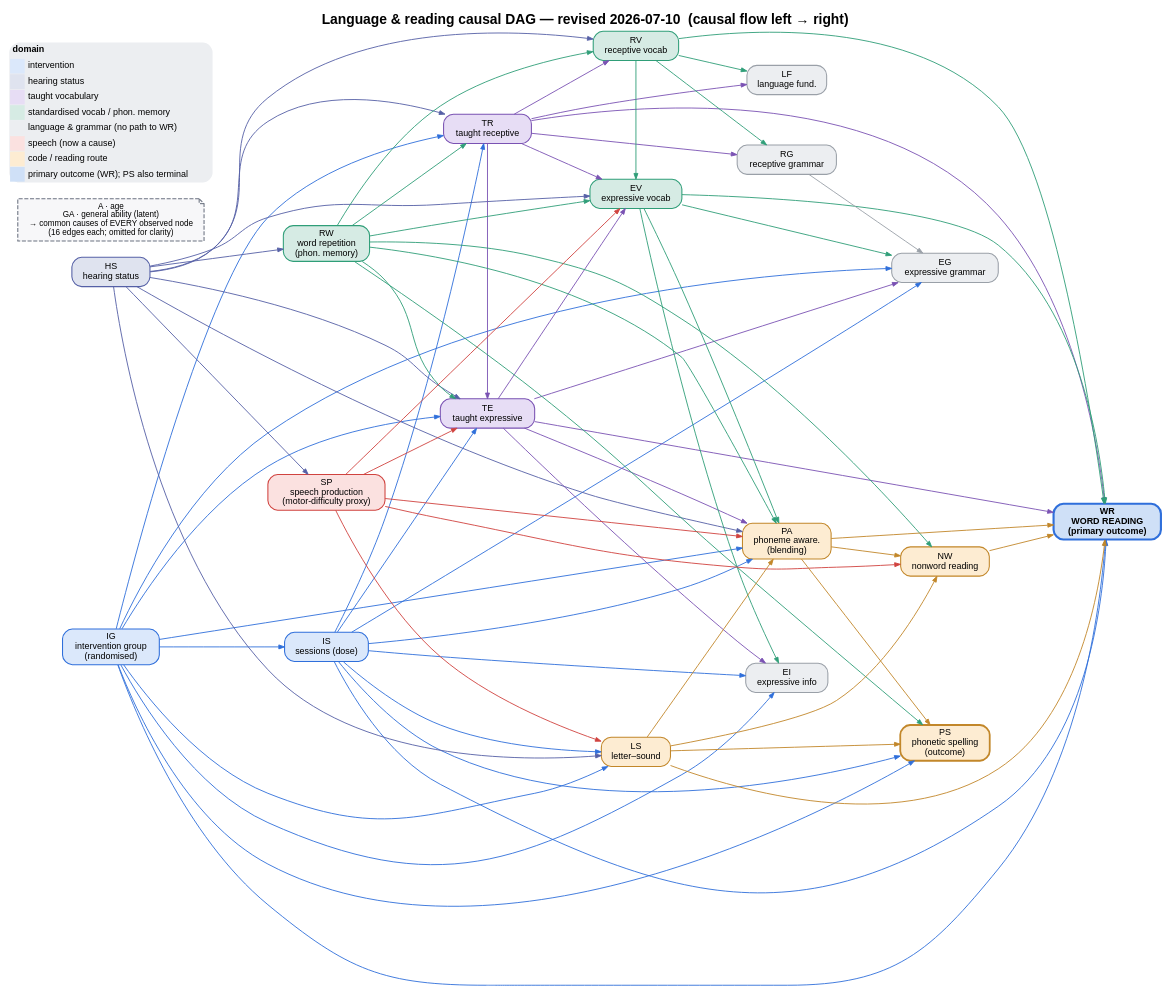
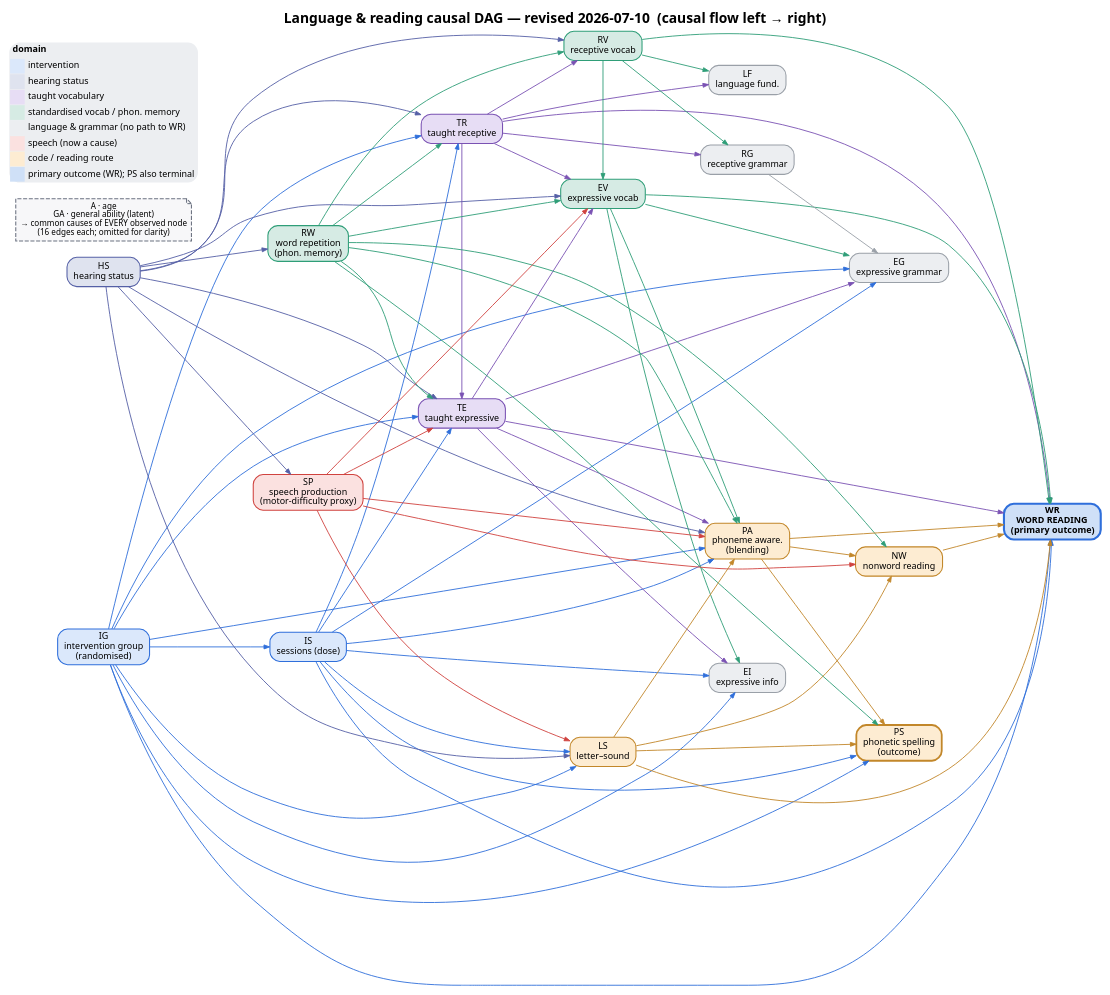
Before and after one commit to dseinternational/language-reading-predictors: the diagram in dag/dag-language-reading.dot, drawn with Graphviz. The commit also changed 405 other files, not shown here.

Commit message:
feat(reports): upgrade research utils to 0.16.0 and use Noto Sans and Noto Sans Math throughout (#694)

```diff
--- a/dag/dag-language-reading.dot
+++ b/dag/dag-language-reading.dot
@@ -1,96 +1,96 @@
 digraph LRP_DAG {
   rankdir=LR;
   bgcolor="white";
   labelloc="t";
-  fontname="Helvetica-Bold";
+  fontname="Noto Sans,sans-serif";
   fontsize=17;
-  label="Language & reading causal DAG — revised 2026-07-10  (causal flow left → right)";
+  label=<<B>Language &amp; reading causal DAG — revised 2026-07-10  (causal flow left → right)</B>>;
   nodesep=0.28;
   ranksep=0.95;
   concentrate=false;
   splines=true;
-  node [shape=box, style="rounded,filled", fontname="Helvetica", fontsize=11,
+  node [shape=box, style="rounded,filled", fontname="Noto Sans,sans-serif", fontsize=11,
         margin="0.11,0.06", penwidth=1.3, color="#9aa0a8", fillcolor="#eceef1"];
   edge [penwidth=1.1, arrowsize=0.7];
 
   // ================= NODES =================
   IG [label="IG\nintervention group\n(randomised)", fillcolor="#dbe8fb", color="#2f6fdb"];
   IS [label="IS\nsessions (dose)", fillcolor="#dbe8fb", color="#2f6fdb"];
 
   HS [label="HS\nhearing status", fillcolor="#dfe3ef", color="#5560a6"];
 
   TR [label="TR\ntaught receptive", fillcolor="#e7ddf5", color="#7a52b3"];
   TE [label="TE\ntaught expressive", fillcolor="#e7ddf5", color="#7a52b3"];
 
   RW [label="RW\nword repetition\n(phon. memory)", fillcolor="#d6ebe4", color="#2f9e78"];
   RV [label="RV\nreceptive vocab", fillcolor="#d6ebe4", color="#2f9e78"];
   EV [label="EV\nexpressive vocab", fillcolor="#d6ebe4", color="#2f9e78"];
 
   LF [label="LF\nlanguage fund.", fillcolor="#eceef1", color="#9aa0a8"];
   RG [label="RG\nreceptive grammar", fillcolor="#eceef1", color="#9aa0a8"];
   EI [label="EI\nexpressive info", fillcolor="#eceef1", color="#9aa0a8"];
   EG [label="EG\nexpressive grammar", fillcolor="#eceef1", color="#9aa0a8"];
 
   SP [label="SP\nspeech production\n(motor-difficulty proxy)", fillcolor="#fbe1e0", color="#d0433f"];
 
   LS [label="LS\nletter–sound", fillcolor="#fdecd2", color="#c2872a"];
   PA [label="PA\nphoneme aware.\n(blending)", fillcolor="#fdecd2", color="#c2872a"];
   NW [label="NW\nnonword reading", fillcolor="#fdecd2", color="#c2872a"];
   PS [label="PS\nphonetic spelling\n(outcome)", fillcolor="#fdecd2", color="#c2872a", penwidth=2.2];
 
-  WR [label="WR\nWORD READING\n(primary outcome)", fillcolor="#cfe0f7", color="#2f6fdb", penwidth=2.6, fontname="Helvetica-Bold"];
+  WR [label=<<TABLE BORDER="0" CELLSPACING="0" CELLPADDING="0"><TR><TD><B>WR</B></TD></TR><TR><TD><B>WORD READING</B></TD></TR><TR><TD><B>(primary outcome)</B></TD></TR></TABLE>>, fillcolor="#cfe0f7", color="#2f6fdb", penwidth=2.6];
 
   // background common causes (shown, edges summarised)
   ABG [label="A · age\nGA · general ability (latent)\n→ common causes of EVERY observed node\n(16 edges each; omitted for clarity)",
        shape=note, fillcolor="#f7f7f9", color="#6b7280", fontsize=10, style="filled,dashed"];
 
   LEG [shape=none, margin=0, label=<
     <table border="0" cellborder="0" cellspacing="1" cellpadding="3">
       <tr><td colspan="2" align="left"><b>domain</b></td></tr>
       <tr><td bgcolor="#dbe8fb" width="18"> </td><td align="left">intervention</td></tr>
       <tr><td bgcolor="#dfe3ef" width="18"> </td><td align="left">hearing status</td></tr>
       <tr><td bgcolor="#e7ddf5" width="18"> </td><td align="left">taught vocabulary</td></tr>
       <tr><td bgcolor="#d6ebe4" width="18"> </td><td align="left">standardised vocab / phon. memory</td></tr>
       <tr><td bgcolor="#eceef1" width="18"> </td><td align="left">language &amp; grammar (no path to WR)</td></tr>
       <tr><td bgcolor="#fbe1e0" width="18"> </td><td align="left">speech (now a cause)</td></tr>
       <tr><td bgcolor="#fdecd2" width="18"> </td><td align="left">code / reading route</td></tr>
       <tr><td bgcolor="#cfe0f7" width="18"> </td><td align="left">primary outcome (WR); PS also terminal</td></tr>
     </table>>];
 
   // ================= EDGES (colored by source domain) =================
   edge [color="#5560a6"];            // hearing status
   HS -> {TR RV TE EV SP RW PA LS};
 
   edge [color="#2f6fdb"];            // intervention
   IG -> IS;
   IG -> {TR TE PA LS WR PS EI EG};
   IS -> {TR TE PA LS WR PS EI EG};
 
   edge [color="#7a52b3"];            // taught vocabulary
   TR -> {TE RV EV LF RG WR};
   TE -> {EV EG EI PA WR};
 
   edge [color="#2f9e78"];            // standardised vocab / phon. memory
   RW -> {TE EV TR RV PA NW PS};
   RV -> {EV LF RG WR};
   EV -> {EG EI PA WR};
 
   edge [color="#d0433f"];            // speech (now upstream cause)
   SP -> {TE EV LS PA NW};
 
   edge [color="#9aa0a8"];            // grammar internal
   RG -> EG;
 
   edge [color="#c2872a"];            // code / reading route
   LS -> {NW PA PS WR};
   PA -> {NW WR PS};
   NW -> WR;
 
   // ================= RANK HINTS =================
   {rank=source; IG; HS; ABG; LEG;}
   {rank=same; SP; RW;}
   {rank=same; TR; TE;}
   {rank=same; RV; EV;}
   {rank=same; NW; PS;}
   {rank=sink; WR;}
 }
```
